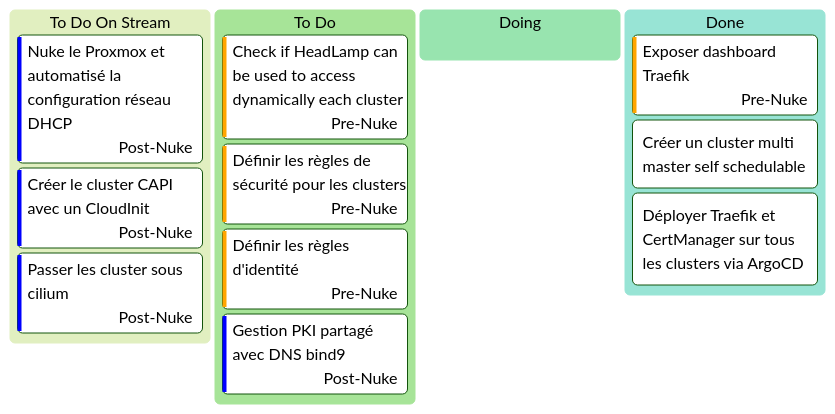
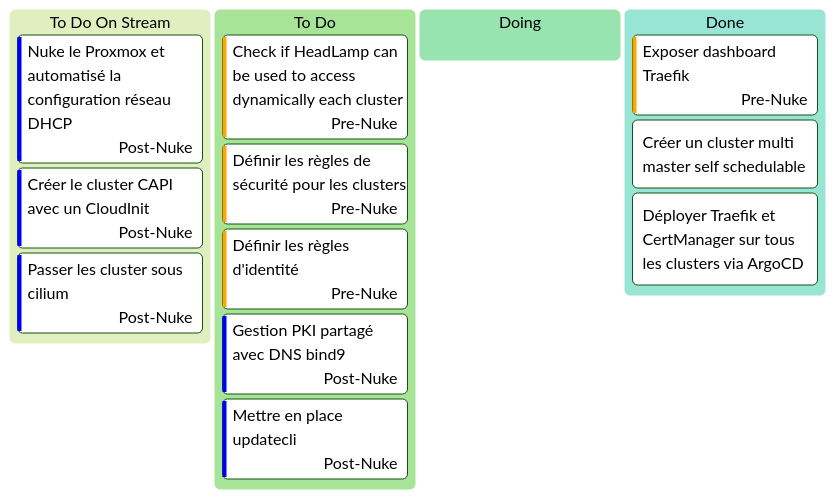
One commit to batleforc/weebo-si changed the diagram in docs/0.introduction/kanban.md. Above: the diagram before and after it, drawn with Mermaid (forest theme). The commit also changed other lines of this file and 8 other files, not shown here.

````diff
--- a/docs/0.introduction/kanban.md
+++ b/docs/0.introduction/kanban.md
@@ -3,23 +3,24 @@
 ```mermaid
 ---
 config:
   kanban:
     ticketBaseUrl: 'https://github.com/batleforc/weebo-si/issue/#TICKET#'
 ---
 
 kanban
   todoS[To Do On Stream]
     us4[Nuke le Proxmox et automatisé la configuration réseau DHCP]@{ assigned: Post-Nuke, priority: 'Low'}
     us5[Créer le cluster CAPI avec un CloudInit]@{ assigned: Post-Nuke, priority: 'Low'}
     us6[Passer les cluster sous cilium]@{ assigned: Post-Nuke, priority: 'Low'}
   todo[To Do]
     use8[Check if HeadLamp can be used to access dynamically each cluster]@{ assigned: Pre-Nuke, priority: 'High'}
     us3[Définir les règles de sécurité pour les clusters]@{ assigned: Pre-Nuke, priority: 'High'}
     us8[Définir les règles d'identité]@{ assigned: Pre-Nuke, priority: 'High'}
     us7[Gestion PKI partagé avec DNS bind9]@{ assigned: Post-Nuke, priority: 'Low'}
+    us9[Mettre en place updatecli]@{ assigned: Post-Nuke, priority: 'Low'}
   doing[Doing]
   done[Done]
     us7[Exposer dashboard Traefik]@{ assigned: Pre-Nuke, priority: 'High'}
     us1[Créer un cluster multi master self schedulable]
     us2[Déployer Traefik et CertManager sur tous les clusters via ArgoCD]
 ```
````
